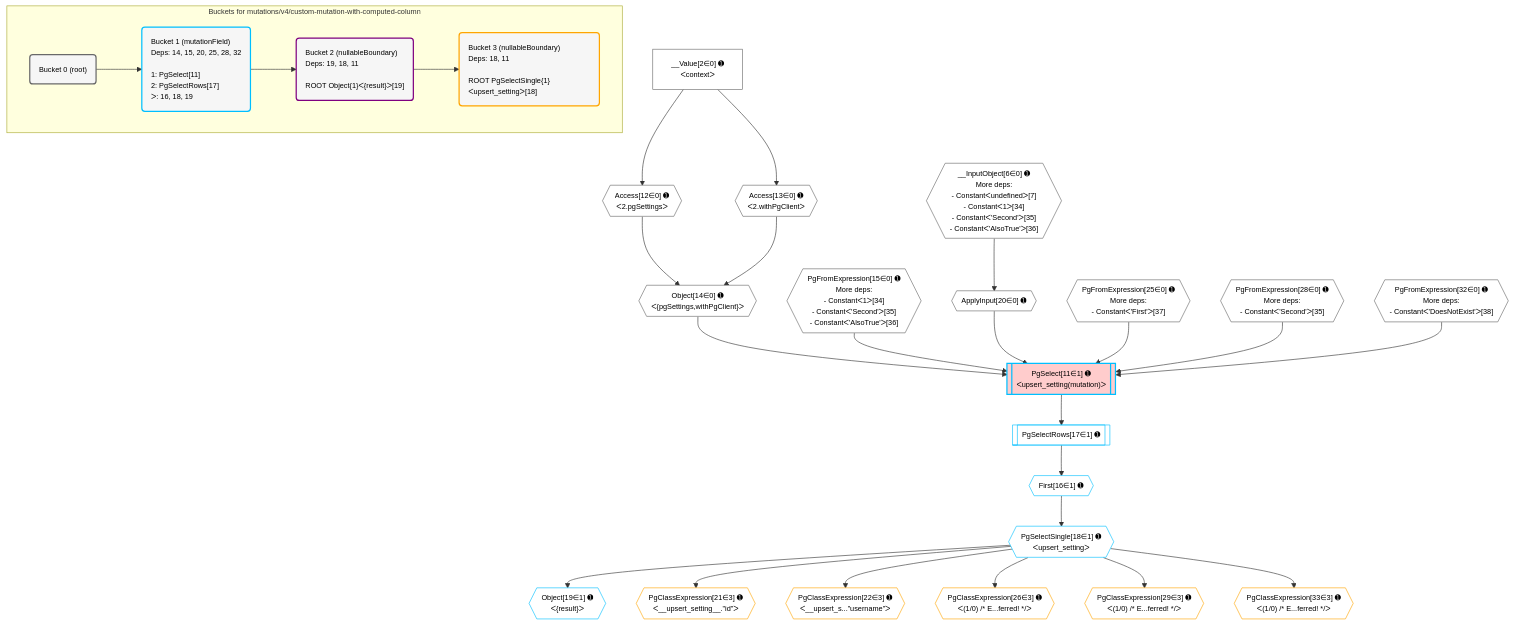
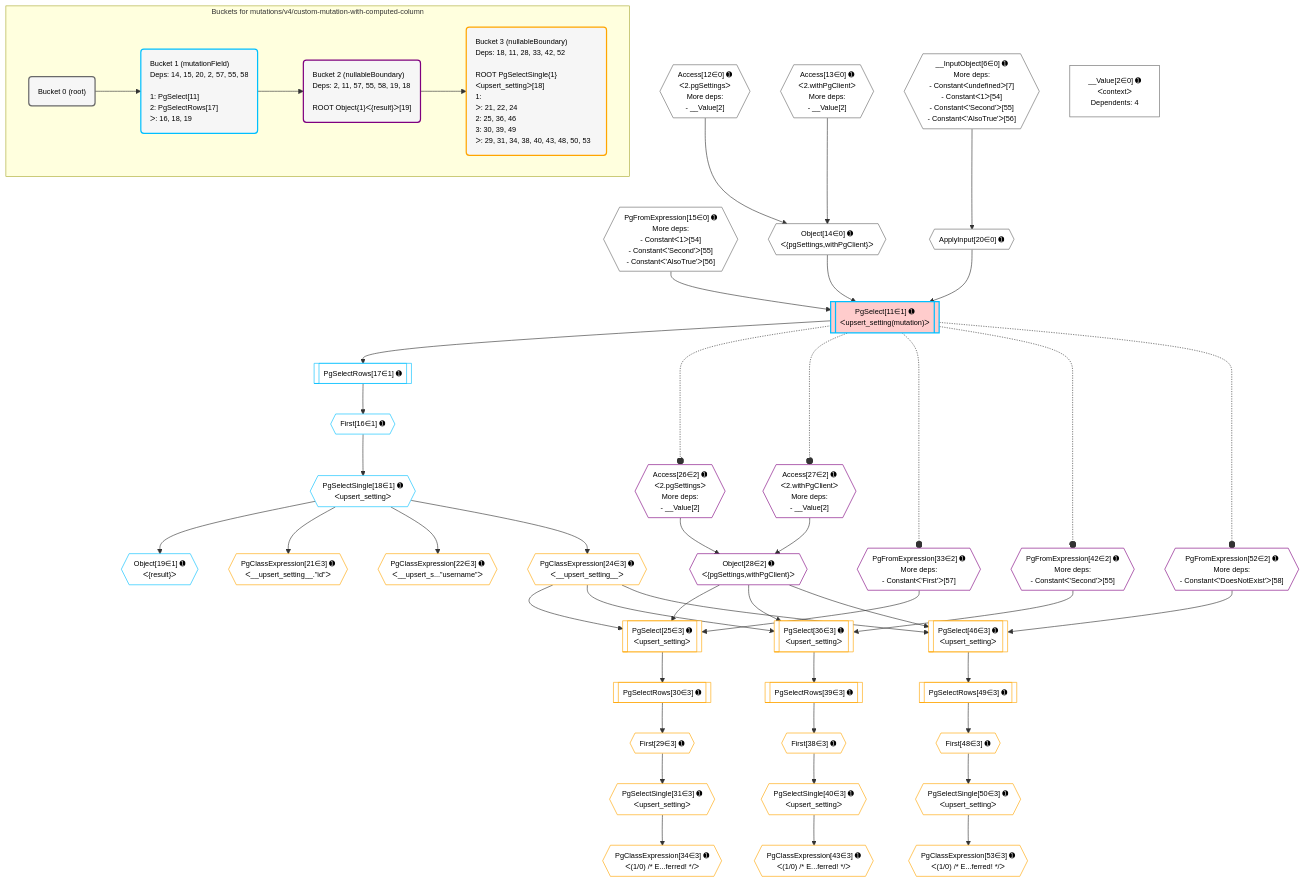
Before and after one commit to graphile/crystal: the diagram in postgraphile/postgraphile/__tests__/mutations/v4/custom-mutation-with-computed-column.mermaid, drawn with Mermaid. The commit also changed 2 other files, not shown here.

Commit message:
Update plan and SQL

```diff
--- a/postgraphile/postgraphile/__tests__/mutations/v4/custom-mutation-with-computed-column.mermaid
+++ b/postgraphile/postgraphile/__tests__/mutations/v4/custom-mutation-with-computed-column.mermaid
@@ -1,64 +1,99 @@
 %%{init: {'themeVariables': { 'fontSize': '12px'}}}%%
 graph TD
     classDef path fill:#eee,stroke:#000,color:#000
     classDef plan fill:#fff,stroke-width:1px,color:#000
     classDef itemplan fill:#fff,stroke-width:2px,color:#000
     classDef unbatchedplan fill:#dff,stroke-width:1px,color:#000
     classDef sideeffectplan fill:#fcc,stroke-width:2px,color:#000
     classDef bucket fill:#f6f6f6,color:#000,stroke-width:2px,text-align:left
 
     subgraph "Buckets for mutations/v4/custom-mutation-with-computed-column"
     Bucket0("Bucket 0 (root)"):::bucket
-    Bucket1("Bucket 1 (mutationField)<br />Deps: 14, 15, 20, 25, 28, 32<br /><br />1: PgSelect[11]<br />2: PgSelectRows[17]<br />ᐳ: 16, 18, 19"):::bucket
-    Bucket2("Bucket 2 (nullableBoundary)<br />Deps: 19, 18, 11<br /><br />ROOT Object{1}ᐸ{result}ᐳ[19]"):::bucket
-    Bucket3("Bucket 3 (nullableBoundary)<br />Deps: 18, 11<br /><br />ROOT PgSelectSingle{1}ᐸupsert_settingᐳ[18]"):::bucket
+    Bucket1("Bucket 1 (mutationField)<br />Deps: 14, 15, 20, 2, 57, 55, 58<br /><br />1: PgSelect[11]<br />2: PgSelectRows[17]<br />ᐳ: 16, 18, 19"):::bucket
+    Bucket2("Bucket 2 (nullableBoundary)<br />Deps: 2, 11, 57, 55, 58, 19, 18<br /><br />ROOT Object{1}ᐸ{result}ᐳ[19]"):::bucket
+    Bucket3("Bucket 3 (nullableBoundary)<br />Deps: 18, 11, 28, 33, 42, 52<br /><br />ROOT PgSelectSingle{1}ᐸupsert_settingᐳ[18]<br />1: <br />ᐳ: 21, 22, 24<br />2: 25, 36, 46<br />3: 30, 39, 49<br />ᐳ: 29, 31, 34, 38, 40, 43, 48, 50, 53"):::bucket
     end
     Bucket0 --> Bucket1
     Bucket1 --> Bucket2
     Bucket2 --> Bucket3
 
     %% plan dependencies
-    __InputObject6{{"__InputObject[6∈0] ➊<br />More deps:<br />- Constantᐸundefinedᐳ[7]<br />- Constantᐸ1ᐳ[34]<br />- Constantᐸ'Second'ᐳ[35]<br />- Constantᐸ'AlsoTrue'ᐳ[36]"}}:::plan
-    PgFromExpression15{{"PgFromExpression[15∈0] ➊<br />More deps:<br />- Constantᐸ1ᐳ[34]<br />- Constantᐸ'Second'ᐳ[35]<br />- Constantᐸ'AlsoTrue'ᐳ[36]"}}:::plan
+    __InputObject6{{"__InputObject[6∈0] ➊<br />More deps:<br />- Constantᐸundefinedᐳ[7]<br />- Constantᐸ1ᐳ[54]<br />- Constantᐸ'Second'ᐳ[55]<br />- Constantᐸ'AlsoTrue'ᐳ[56]"}}:::plan
+    PgFromExpression15{{"PgFromExpression[15∈0] ➊<br />More deps:<br />- Constantᐸ1ᐳ[54]<br />- Constantᐸ'Second'ᐳ[55]<br />- Constantᐸ'AlsoTrue'ᐳ[56]"}}:::plan
     Object14{{"Object[14∈0] ➊<br />ᐸ{pgSettings,withPgClient}ᐳ"}}:::plan
-    Access12{{"Access[12∈0] ➊<br />ᐸ2.pgSettingsᐳ"}}:::plan
-    Access13{{"Access[13∈0] ➊<br />ᐸ2.withPgClientᐳ"}}:::plan
+    Access12{{"Access[12∈0] ➊<br />ᐸ2.pgSettingsᐳ<br />More deps:<br />- __Value[2]"}}:::plan
+    Access13{{"Access[13∈0] ➊<br />ᐸ2.withPgClientᐳ<br />More deps:<br />- __Value[2]"}}:::plan
     Access12 & Access13 --> Object14
-    __Value2["__Value[2∈0] ➊<br />ᐸcontextᐳ"]:::plan
-    __Value2 --> Access12
-    __Value2 --> Access13
     ApplyInput20{{"ApplyInput[20∈0] ➊"}}:::plan
     __InputObject6 --> ApplyInput20
-    PgFromExpression25{{"PgFromExpression[25∈0] ➊<br />More deps:<br />- Constantᐸ'First'ᐳ[37]"}}:::plan
-    PgFromExpression28{{"PgFromExpression[28∈0] ➊<br />More deps:<br />- Constantᐸ'Second'ᐳ[35]"}}:::plan
-    PgFromExpression32{{"PgFromExpression[32∈0] ➊<br />More deps:<br />- Constantᐸ'DoesNotExist'ᐳ[38]"}}:::plan
+    __Value2["__Value[2∈0] ➊<br />ᐸcontextᐳ<br />Dependents: 4"]:::plan
     PgSelect11[["PgSelect[11∈1] ➊<br />ᐸupsert_setting(mutation)ᐳ"]]:::sideeffectplan
-    Object14 & PgFromExpression15 & ApplyInput20 & PgFromExpression25 & PgFromExpression28 & PgFromExpression32 --> PgSelect11
+    Object14 & PgFromExpression15 & ApplyInput20 --> PgSelect11
     First16{{"First[16∈1] ➊"}}:::plan
     PgSelectRows17[["PgSelectRows[17∈1] ➊"]]:::plan
     PgSelectRows17 --> First16
     PgSelect11 --> PgSelectRows17
     PgSelectSingle18{{"PgSelectSingle[18∈1] ➊<br />ᐸupsert_settingᐳ"}}:::plan
     First16 --> PgSelectSingle18
     Object19{{"Object[19∈1] ➊<br />ᐸ{result}ᐳ"}}:::plan
     PgSelectSingle18 --> Object19
+    Object28{{"Object[28∈2] ➊<br />ᐸ{pgSettings,withPgClient}ᐳ"}}:::plan
+    Access26{{"Access[26∈2] ➊<br />ᐸ2.pgSettingsᐳ<br />More deps:<br />- __Value[2]"}}:::plan
+    Access27{{"Access[27∈2] ➊<br />ᐸ2.withPgClientᐳ<br />More deps:<br />- __Value[2]"}}:::plan
+    Access26 & Access27 --> Object28
+    PgFromExpression33{{"PgFromExpression[33∈2] ➊<br />More deps:<br />- Constantᐸ'First'ᐳ[57]"}}:::plan
+    PgFromExpression42{{"PgFromExpression[42∈2] ➊<br />More deps:<br />- Constantᐸ'Second'ᐳ[55]"}}:::plan
+    PgFromExpression52{{"PgFromExpression[52∈2] ➊<br />More deps:<br />- Constantᐸ'DoesNotExist'ᐳ[58]"}}:::plan
+    PgSelect25[["PgSelect[25∈3] ➊<br />ᐸupsert_settingᐳ"]]:::plan
+    PgClassExpression24{{"PgClassExpression[24∈3] ➊<br />ᐸ__upsert_setting__ᐳ"}}:::plan
+    Object28 & PgClassExpression24 & PgFromExpression33 --> PgSelect25
+    PgSelect36[["PgSelect[36∈3] ➊<br />ᐸupsert_settingᐳ"]]:::plan
+    Object28 & PgClassExpression24 & PgFromExpression42 --> PgSelect36
+    PgSelect46[["PgSelect[46∈3] ➊<br />ᐸupsert_settingᐳ"]]:::plan
+    Object28 & PgClassExpression24 & PgFromExpression52 --> PgSelect46
     PgClassExpression21{{"PgClassExpression[21∈3] ➊<br />ᐸ__upsert_setting__.”id”ᐳ"}}:::plan
     PgSelectSingle18 --> PgClassExpression21
     PgClassExpression22{{"PgClassExpression[22∈3] ➊<br />ᐸ__upsert_s...”username”ᐳ"}}:::plan
     PgSelectSingle18 --> PgClassExpression22
-    PgClassExpression26{{"PgClassExpression[26∈3] ➊<br />ᐸ(1/0) /* E...ferred! */ᐳ"}}:::plan
-    PgSelectSingle18 --> PgClassExpression26
-    PgClassExpression29{{"PgClassExpression[29∈3] ➊<br />ᐸ(1/0) /* E...ferred! */ᐳ"}}:::plan
-    PgSelectSingle18 --> PgClassExpression29
-    PgClassExpression33{{"PgClassExpression[33∈3] ➊<br />ᐸ(1/0) /* E...ferred! */ᐳ"}}:::plan
-    PgSelectSingle18 --> PgClassExpression33
+    PgSelectSingle18 --> PgClassExpression24
+    First29{{"First[29∈3] ➊"}}:::plan
+    PgSelectRows30[["PgSelectRows[30∈3] ➊"]]:::plan
+    PgSelectRows30 --> First29
+    PgSelect25 --> PgSelectRows30
+    PgSelectSingle31{{"PgSelectSingle[31∈3] ➊<br />ᐸupsert_settingᐳ"}}:::plan
+    First29 --> PgSelectSingle31
+    PgClassExpression34{{"PgClassExpression[34∈3] ➊<br />ᐸ(1/0) /* E...ferred! */ᐳ"}}:::plan
+    PgSelectSingle31 --> PgClassExpression34
+    First38{{"First[38∈3] ➊"}}:::plan
+    PgSelectRows39[["PgSelectRows[39∈3] ➊"]]:::plan
+    PgSelectRows39 --> First38
+    PgSelect36 --> PgSelectRows39
+    PgSelectSingle40{{"PgSelectSingle[40∈3] ➊<br />ᐸupsert_settingᐳ"}}:::plan
+    First38 --> PgSelectSingle40
+    PgClassExpression43{{"PgClassExpression[43∈3] ➊<br />ᐸ(1/0) /* E...ferred! */ᐳ"}}:::plan
+    PgSelectSingle40 --> PgClassExpression43
+    First48{{"First[48∈3] ➊"}}:::plan
+    PgSelectRows49[["PgSelectRows[49∈3] ➊"]]:::plan
+    PgSelectRows49 --> First48
+    PgSelect46 --> PgSelectRows49
+    PgSelectSingle50{{"PgSelectSingle[50∈3] ➊<br />ᐸupsert_settingᐳ"}}:::plan
+    First48 --> PgSelectSingle50
+    PgClassExpression53{{"PgClassExpression[53∈3] ➊<br />ᐸ(1/0) /* E...ferred! */ᐳ"}}:::plan
+    PgSelectSingle50 --> PgClassExpression53
 
     %% define steps
     classDef bucket0 stroke:#696969
-    class Bucket0,__Value2,__InputObject6,Access12,Access13,Object14,PgFromExpression15,ApplyInput20,PgFromExpression25,PgFromExpression28,PgFromExpression32 bucket0
+    class Bucket0,__Value2,__InputObject6,Access12,Access13,Object14,PgFromExpression15,ApplyInput20 bucket0
     classDef bucket1 stroke:#00bfff
     class Bucket1,PgSelect11,First16,PgSelectRows17,PgSelectSingle18,Object19 bucket1
     classDef bucket2 stroke:#7f007f
-    class Bucket2 bucket2
+    class Bucket2,Access26,Access27,Object28,PgFromExpression33,PgFromExpression42,PgFromExpression52 bucket2
     classDef bucket3 stroke:#ffa500
-    class Bucket3,PgClassExpression21,PgClassExpression22,PgClassExpression26,PgClassExpression29,PgClassExpression33 bucket3
+    class Bucket3,PgClassExpression21,PgClassExpression22,PgClassExpression24,PgSelect25,First29,PgSelectRows30,PgSelectSingle31,PgClassExpression34,PgSelect36,First38,PgSelectRows39,PgSelectSingle40,PgClassExpression43,PgSelect46,First48,PgSelectRows49,PgSelectSingle50,PgClassExpression53 bucket3
+
+    %% implicit side effects
+    PgSelect11 -.-o Access26
+    PgSelect11 -.-o Access27
+    PgSelect11 -.-o PgFromExpression33
+    PgSelect11 -.-o PgFromExpression42
+    PgSelect11 -.-o PgFromExpression52
```
